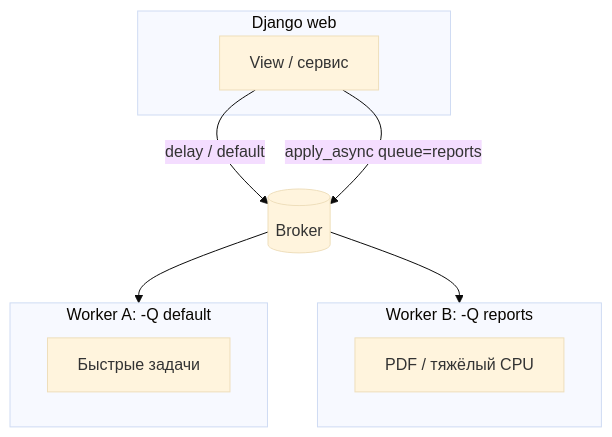
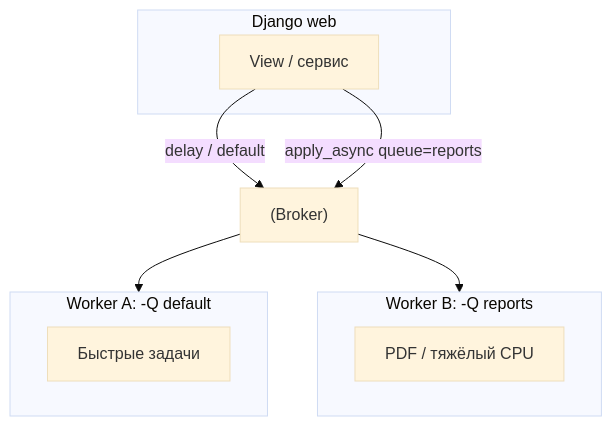
Before and after one commit to DDoSKudya/ai-study-atlas: the second of 4 diagrams in directions/services/celery/pact/18_integraciya_s_django/10_18_18_1_bazovaya_integratsiya.md, drawn with Mermaid (base theme). The commit also changed other lines of this file and 322 other files, not shown here.

Commit message:
fix(docs): make mermaid diagrams GitHub-compatible across directions content

````diff
--- a/directions/services/celery/pact/18_integraciya_s_django/10_18_18_1_bazovaya_integratsiya.md
+++ b/directions/services/celery/pact/18_integraciya_s_django/10_18_18_1_bazovaya_integratsiya.md
@@ -156,17 +156,17 @@
 ```mermaid
 flowchart TB
   subgraph django["Django web"]
-    V[View / сервис]
+    V["View / сервис"]
   end
-  BR[(Broker)]
+  BR["(Broker)"]
   subgraph w_def["Worker A: -Q default"]
-    L[Быстрые задачи]
+    L["Быстрые задачи"]
   end
   subgraph w_rep["Worker B: -Q reports"]
-    H[PDF / тяжёлый CPU]
+    H["PDF / тяжёлый CPU"]
   end
   V -->|delay / default| BR
   V -->|apply_async queue=reports| BR
   BR --> w_def
   BR --> w_rep
 ```
````
